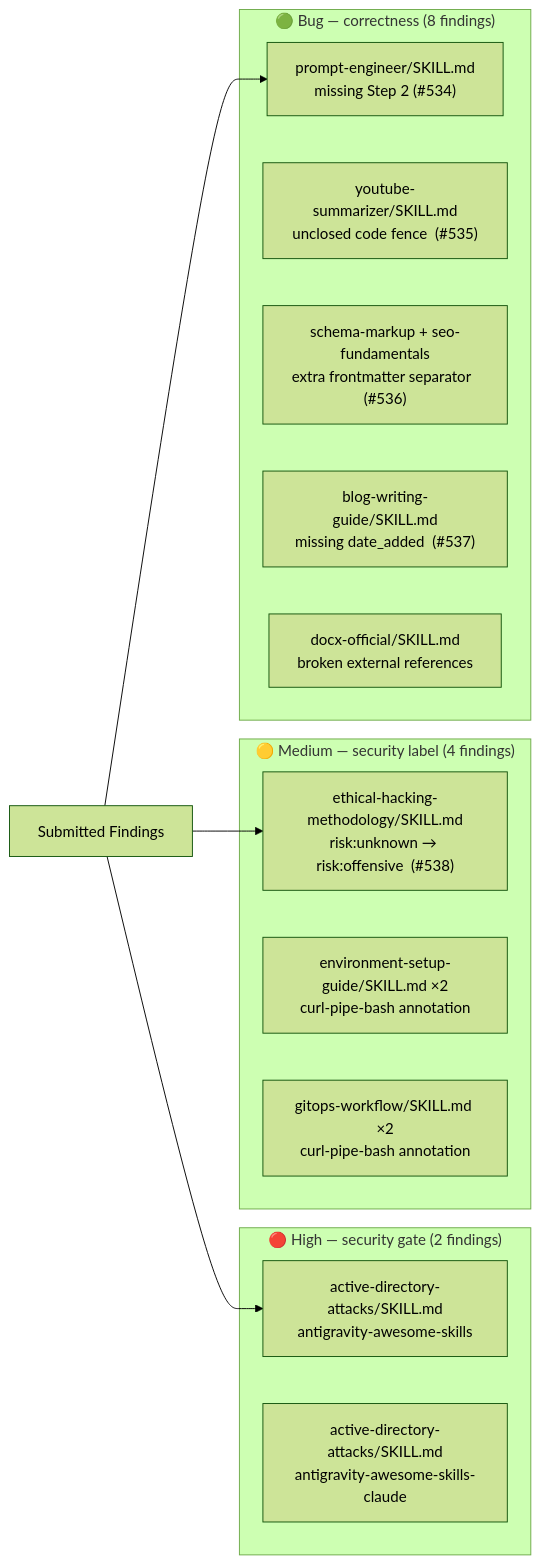
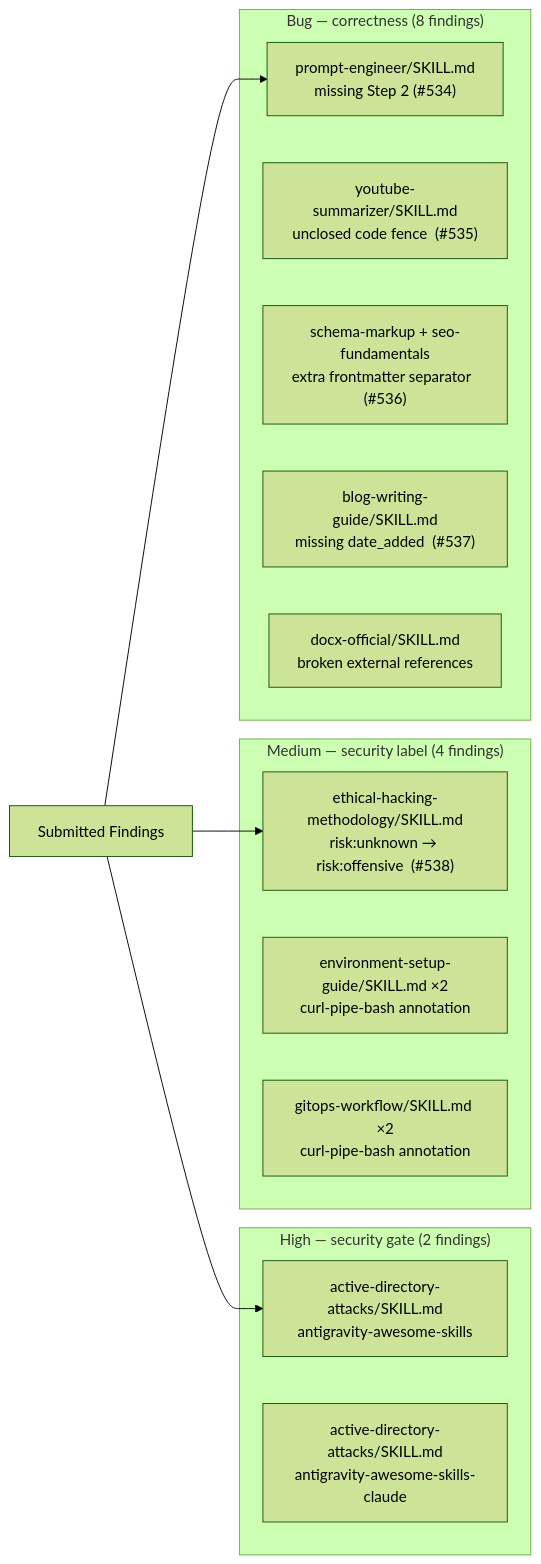
Before and after one commit to xiaolai/nlpm: the second of 3 diagrams in case-studies/2026-04-24-sickn33-antigravity-awesome-skills.md, drawn with Mermaid (forest theme). The commit also changed 9 other files, not shown here.

````diff
--- a/case-studies/2026-04-24-sickn33-antigravity-awesome-skills.md
+++ b/case-studies/2026-04-24-sickn33-antigravity-awesome-skills.md
@@ -61,23 +61,23 @@
 ```mermaid
 graph LR
     FINDINGS["Submitted Findings"]
-    subgraph HIGH["🔴 High — security gate (2 findings)"]
+    subgraph HIGH["High — security gate (2 findings)"]
         H1["active-directory-attacks/SKILL.md\nantigravity-awesome-skills"]
         H2["active-directory-attacks/SKILL.md\nantigravity-awesome-skills-claude"]
     end
-    subgraph MED["🟡 Medium — security label (4 findings)"]
+    subgraph MED["Medium — security label (4 findings)"]
         M1["ethical-hacking-methodology/SKILL.md\nrisk:unknown → risk:offensive  (#538)"]
         M2["environment-setup-guide/SKILL.md ×2\ncurl-pipe-bash annotation"]
         M3["gitops-workflow/SKILL.md ×2\ncurl-pipe-bash annotation"]
     end
-    subgraph BUG["🟢 Bug — correctness (8 findings)"]
+    subgraph BUG["Bug — correctness (8 findings)"]
         B1["prompt-engineer/SKILL.md\nmissing Step 2  (#534)"]
         B2["youtube-summarizer/SKILL.md\nunclosed code fence  (#535)"]
         B3["schema-markup + seo-fundamentals\nextra frontmatter separator  (#536)"]
         B4["blog-writing-guide/SKILL.md\nmissing date_added  (#537)"]
         B5["docx-official/SKILL.md\nbroken external references"]
     end
     FINDINGS --> H1
     FINDINGS --> M1
     FINDINGS --> B1
 ```
````
